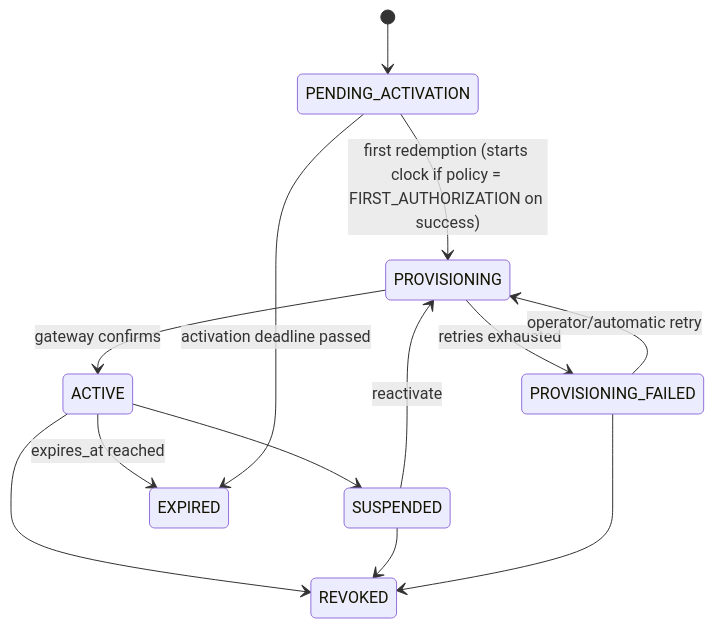
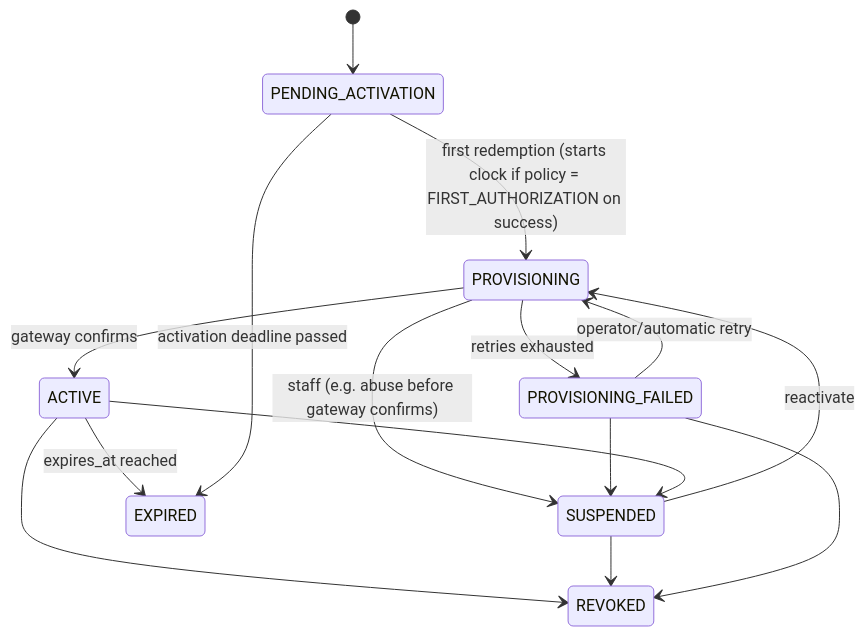
Before and after one commit to digisalesmann/Netflex: the fifth of 5 diagrams in docs/architecture/data-flows.md, drawn with Mermaid. The commit also changed 20 other files, not shown here.

````diff
--- a/docs/architecture/data-flows.md
+++ b/docs/architecture/data-flows.md
@@ -124,15 +124,17 @@
 ```mermaid
 stateDiagram-v2
   [*] --> PENDING_ACTIVATION
   PENDING_ACTIVATION --> PROVISIONING: first redemption (starts clock if policy = FIRST_AUTHORIZATION on success)
   PROVISIONING --> ACTIVE: gateway confirms
   PROVISIONING --> PROVISIONING_FAILED: retries exhausted
+  PROVISIONING --> SUSPENDED: staff (e.g. abuse before gateway confirms)
+  PROVISIONING_FAILED --> SUSPENDED
   PROVISIONING_FAILED --> PROVISIONING: operator/automatic retry
   ACTIVE --> SUSPENDED
   SUSPENDED --> PROVISIONING: reactivate
   ACTIVE --> EXPIRED: expires_at reached
   PENDING_ACTIVATION --> EXPIRED: activation deadline passed
   ACTIVE --> REVOKED
   SUSPENDED --> REVOKED
   PROVISIONING_FAILED --> REVOKED
 ```
````
